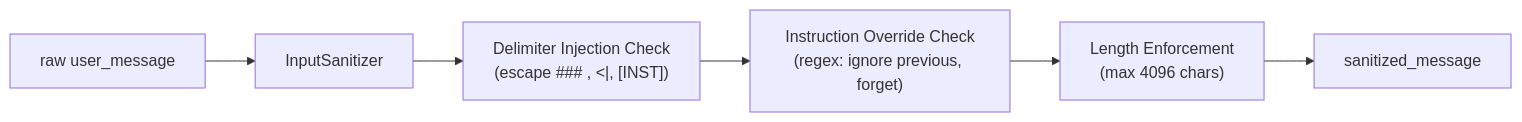
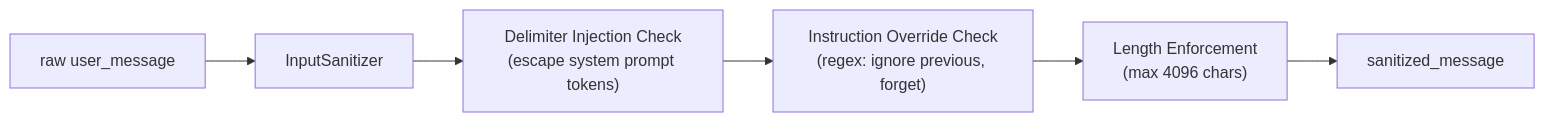
One commit to GranthanAI/llm-service changed diagram 24 of 33 in docs/lld.md. Above: the diagram before and after it, drawn with Mermaid. The commit also changed other lines of this file and 1 other file, not shown here.

Commit message:
docs: fix mermaid diagrams and update folder structure to app/ layout

````diff
--- a/docs/lld.md
+++ b/docs/lld.md
@@ -2390,11 +2395,11 @@
 ```mermaid
 flowchart LR
     Input["raw user_message"]
     Sanitizer["InputSanitizer"]
-    DI["Delimiter Injection Check\n(escape ### , <|, [INST])"]
+    DI["Delimiter Injection Check\n(escape system prompt tokens)"]
     Override["Instruction Override Check\n(regex: ignore previous, forget)"]
     Length["Length Enforcement\n(max 4096 chars)"]
     Clean["sanitized_message"]
 
     Input --> Sanitizer --> DI --> Override --> Length --> Clean
 ```
````
